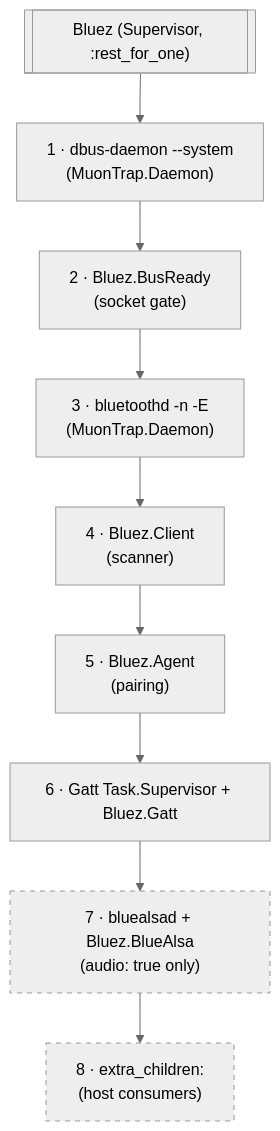
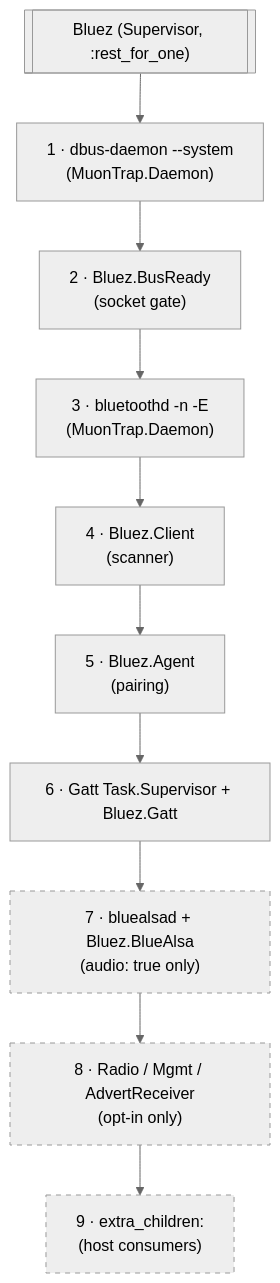
One commit to bbangert/bluez changed the first of 3 diagrams in guides/architecture.md. Above: the diagram before and after it, drawn with Mermaid (neutral theme). The commit also changed other lines of this file and 21 other files, not shown here.

````diff
--- a/guides/architecture.md
+++ b/guides/architecture.md
@@ -16,15 +16,17 @@
 ```mermaid
 flowchart TB
     sup[["Bluez (Supervisor, :rest_for_one)"]]
     sup --> dbus["1 · dbus-daemon --system<br/>(MuonTrap.Daemon)"]
     dbus --> gate["2 · Bluez.BusReady<br/>(socket gate)"]
     gate --> btd["3 · bluetoothd -n -E<br/>(MuonTrap.Daemon)"]
     btd --> client["4 · Bluez.Client<br/>(scanner)"]
     client --> agent["5 · Bluez.Agent<br/>(pairing)"]
     agent --> gatt["6 · Gatt Task.Supervisor + Bluez.Gatt"]
     gatt --> alsa["7 · bluealsad + Bluez.BlueAlsa<br/>(audio: true only)"]
-    alsa --> extra["8 · extra_children:<br/>(host consumers)"]
+    alsa --> radio["8 · Radio / Mgmt / AdvertReceiver<br/>(opt-in only)"]
+    radio --> extra["9 · extra_children:<br/>(host consumers)"]
 
     style alsa stroke-dasharray: 5 5
+    style radio stroke-dasharray: 5 5
     style extra stroke-dasharray: 5 5
 ```
````
